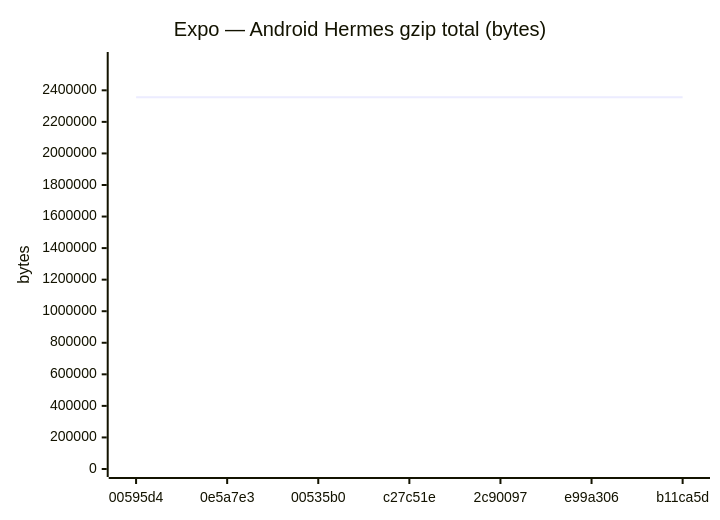
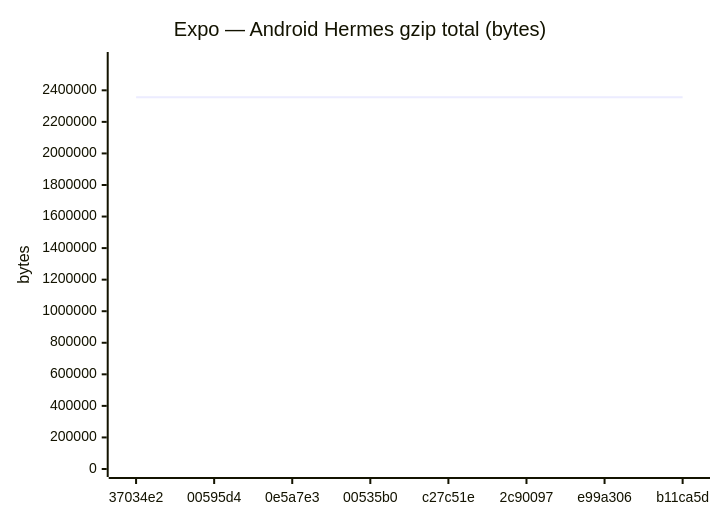
Before and after one commit to Metaheurist/Rianell: the seventh of 24 diagrams in benchmarks/compare.md, drawn with Mermaid. The commit also changed other lines of this file and 12 other files, not shown here.

````diff
--- a/benchmarks/compare.md
+++ b/benchmarks/compare.md
@@ -104,7 +108,7 @@
 ```mermaid
 xychart-beta
     title "Expo — Android Hermes gzip total (bytes)"
-    x-axis ["00595d4", "0e5a7e3", "00535b0", "c27c51e", "2c90097", "e99a306", "b11ca5d"]
+    x-axis ["37034e2", "00595d4", "0e5a7e3", "00535b0", "c27c51e", "2c90097", "e99a306", "b11ca5d"]
     y-axis "bytes" 0 --> 2592122
-    line [2356474, 2356472, 2356301, 2356304, 2356302, 2356302, 2356299]
+    line [2356472, 2356474, 2356472, 2356301, 2356304, 2356302, 2356302, 2356299]
 ```
````
